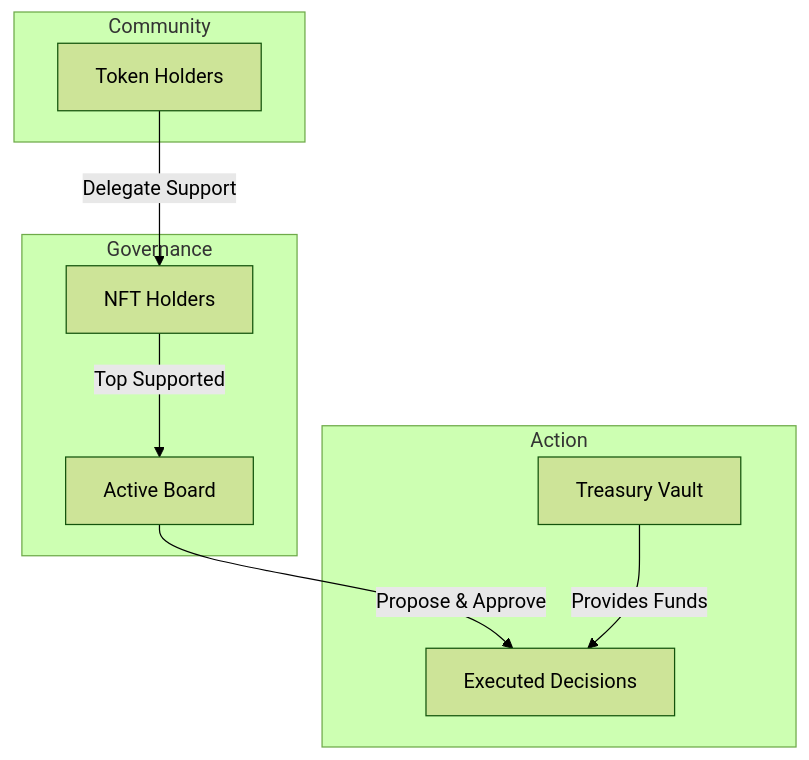
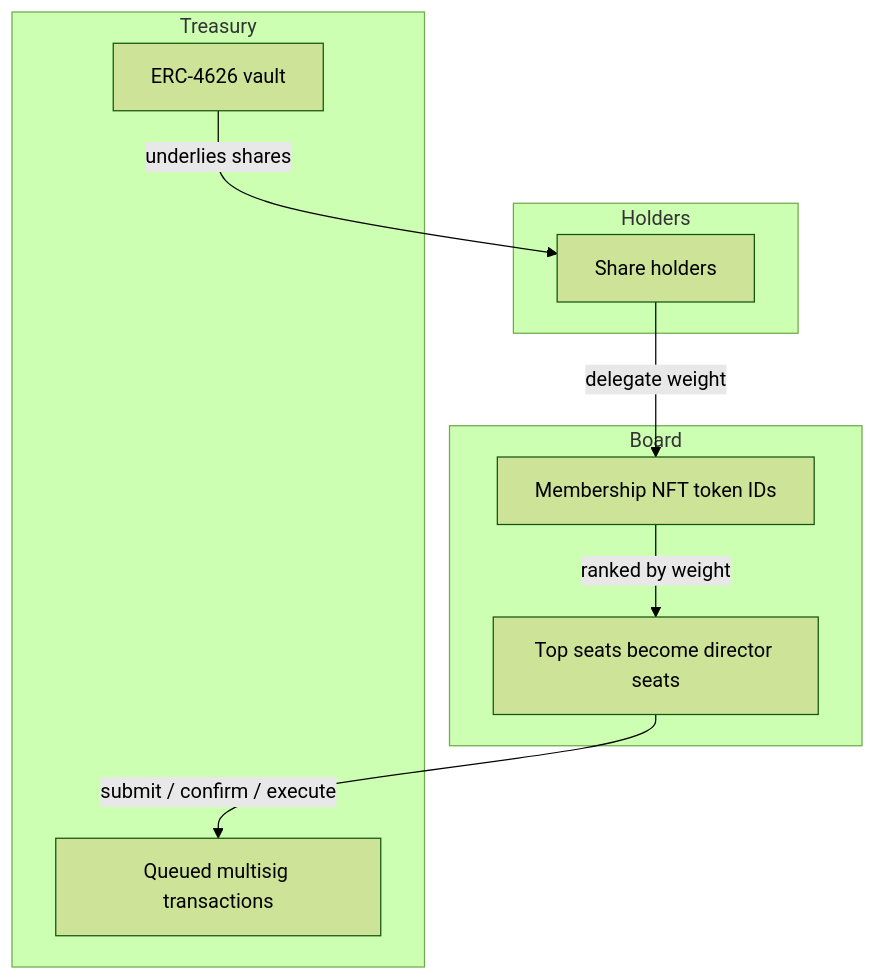
The diagram in app/src/docs/introduction/overview.md (loreum-org/chamber), drawn with Mermaid (forest theme) before and after one commit. The commit also changed other lines of this file and 14 other files, not shown here.

````diff
--- a/app/src/docs/introduction/overview.md
+++ b/app/src/docs/introduction/overview.md
@@ -37,21 +32,18 @@
 ```mermaid
 graph TD
-    subgraph Community
-        T[Token Holders]
+    subgraph Holders
+        S[Share holders]
     end
-    
-    subgraph Governance
-        N[NFT Holders]
-        B[Active Board]
+    subgraph Board
+        N[Membership NFT token IDs]
+        D[Top seats become director seats]
     end
-    
-    subgraph Action
-        V[Treasury Vault]
-        TX[Executed Decisions]
+    subgraph Treasury
+        V[ERC-4626 vault]
+        Q[Queued multisig transactions]
     end
-    
-    T -->|"Delegate Support"| N
-    N -->|"Top Supported"| B
-    B -->|"Propose & Approve"| TX
-    V -->|"Provides Funds"| TX
+    S -->|delegate weight| N
+    N -->|ranked by weight| D
+    D -->|submit / confirm / execute| Q
+    V -->|underlies shares| S
 ```
````
